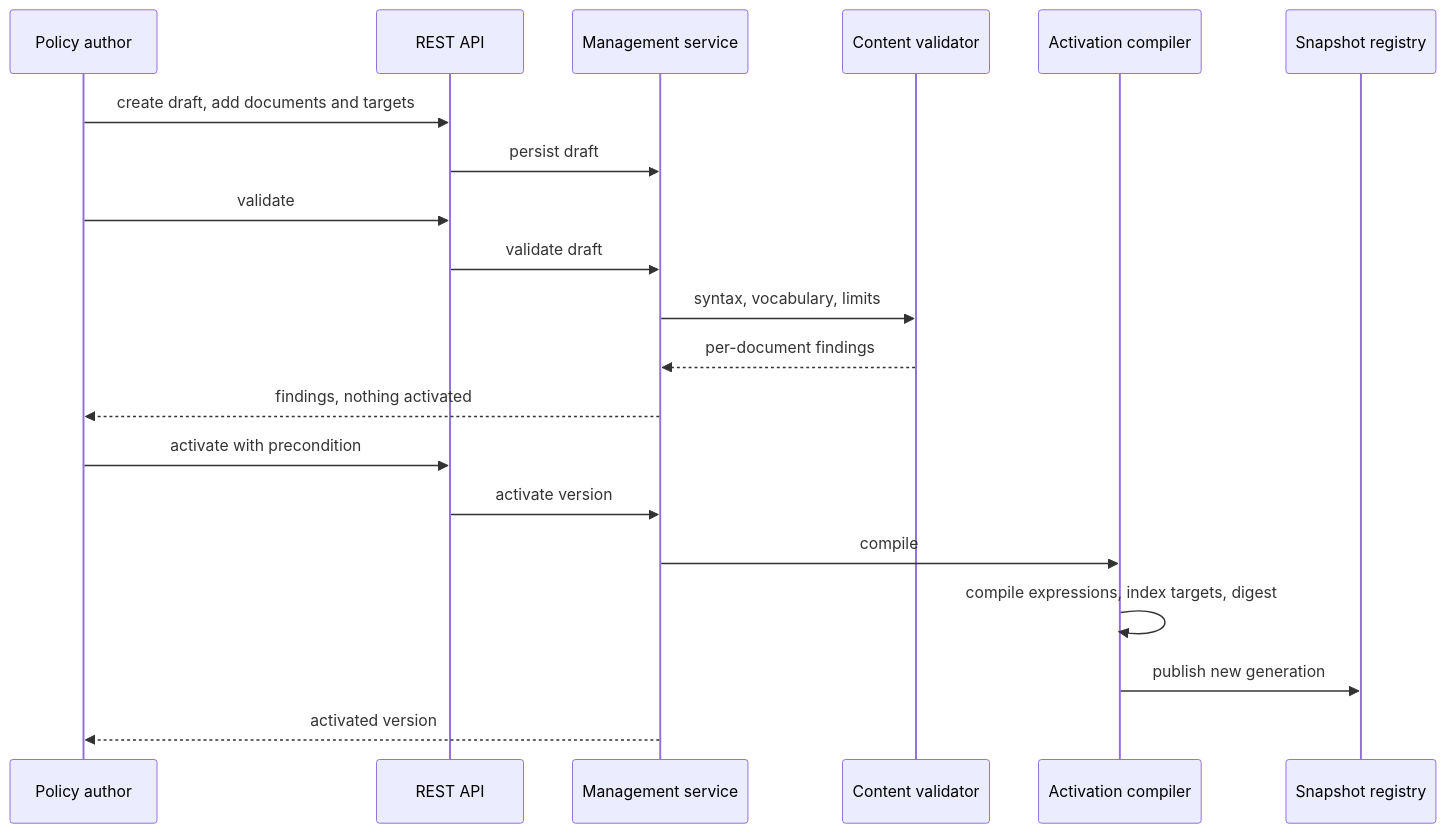
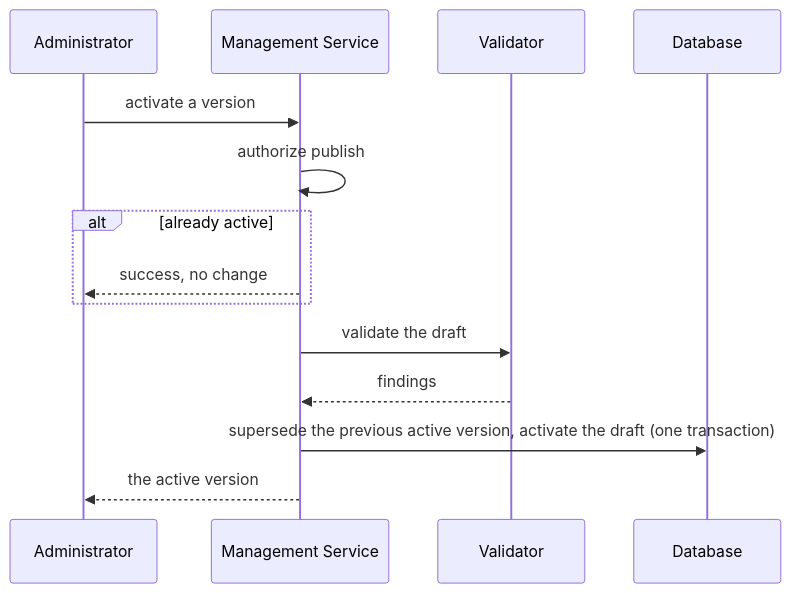
One commit to AndIConstructor/gears-rust changed the third of 3 diagrams in gears/system/policy-engine/docs/DESIGN.md. Above: the diagram before and after it, drawn with Mermaid. The commit also changed other lines of this file and 106 other files, not shown here.

````diff
--- a/gears/system/policy-engine/docs/DESIGN.md
+++ b/gears/system/policy-engine/docs/DESIGN.md
@@ -885,22 +465,16 @@
 ```mermaid
 sequenceDiagram
-    participant P as Policy author
-    participant T as REST API
-    participant M as Management service
-    participant V as Content validator
-    participant K as Activation compiler
-    participant S as Snapshot registry
-    P ->> T: create draft, add documents and targets
-    T ->> M: persist draft
-    P ->> T: validate
-    T ->> M: validate draft
-    M ->> V: syntax, vocabulary, limits
-    V -->> M: per-document findings
-    M -->> P: findings, nothing activated
-    P ->> T: activate with precondition
-    T ->> M: activate version
-    M ->> K: compile
-    K ->> K: compile expressions, index targets, digest
-    K ->> S: publish new generation
-    M -->> P: activated version
+    participant A as Administrator
+    participant M as Management Service
+    participant V as Validator
+    participant D as Database
+    A ->> M: activate a version
+    M ->> M: authorize publish
+    alt already active
+        M -->> A: success, no change
+    end
+    M ->> V: validate the draft
+    V -->> M: findings
+    M ->> D: supersede the previous active version, activate the draft (one transaction)
+    M -->> A: the active version
 ```
````
